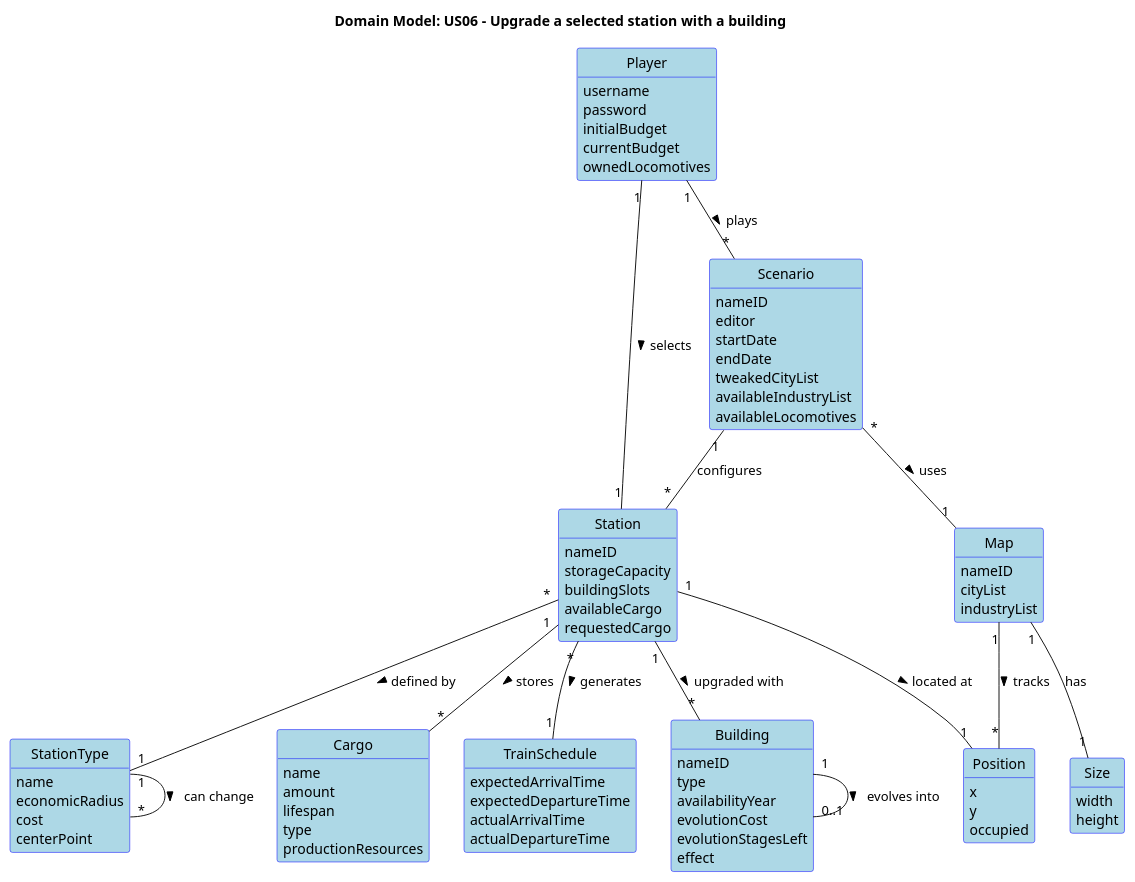
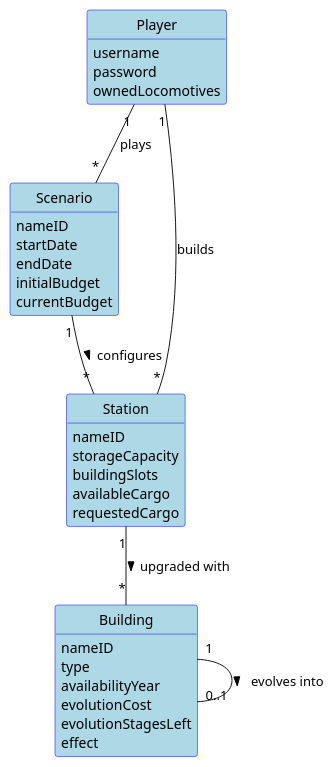
One commit to HenriqueSilva18/Railway-Network-Simulator changed the diagram in docs/system-documentation/Sprint 3/US06/02.analysis/puml/US006-DM.puml. Above: the diagram before and after it, drawn with PlantUML. The commit also changed 37 other files, not shown here.

```diff
--- a/docs/system-documentation/Sprint 3/US06/02.analysis/puml/US006-DM.puml
+++ b/docs/system-documentation/Sprint 3/US06/02.analysis/puml/US006-DM.puml
@@ -1,107 +1,49 @@
 @startuml
-skinparam packageStyle rectangle
 skinparam shadowing false
 skinparam classAttributeIconSize 0
 skinparam class {
   BackgroundColor LightBlue
   BorderColor Blue
 }
-
-skinparam classAttributeIconSize 0
-
 hide circle
 hide methods
 
-title Domain Model: US06 - Upgrade a selected station with a building
-
+' --------- Classes e atributos necessários ---------
 class Player {
   username
   password
-  initialBudget
-  currentBudget
   ownedLocomotives
 }
 
-class Map {
+class Scenario {
   nameID
-  cityList
-  industryList
-}
-
-class Size {
-  width
-  height
+  startDate
+  endDate
+  initialBudget
+  currentBudget
 }
 
 class Station {
   nameID
   storageCapacity
   buildingSlots
   availableCargo
   requestedCargo
 }
 
-class StationType {
-  name
-  economicRadius
-  cost
-  centerPoint
-}
-
-class Cargo {
-   name
-   amount
-   lifespan
-   type
-   productionResources
-  }
-
-  class TrainSchedule {
-    expectedArrivalTime
-    expectedDepartureTime
-    actualArrivalTime
-    actualDepartureTime
-  }
-
 class Building {
   nameID
   type
   availabilityYear
   evolutionCost
   evolutionStagesLeft
   effect
 }
 
-class Scenario {
-  nameID
-  editor
-  startDate
-  endDate
-  tweakedCityList
-  availableIndustryList
-  availableLocomotives
-}
-
-class Position {
-  x
-  y
-  occupied
-}
-
-
-Player "1" -- "1" Station : selects >
-Station "1" -- "*" Cargo : stores >
-Station "1" -- "*" Building : upgraded with >
-Building "1" -- "0..1" Building : evolves into >
-Station "*" -- "1" TrainSchedule: generates >
-Station "*" -- "1" StationType : defined by >
-StationType "1" -- "*" StationType : can change >
-Map "1" -- "1" Size: has
-Map "1" -- "*" Position : tracks >
-Scenario "*" -- "1" Map : uses >
-Player "1" -- "*" Scenario : plays >
-Scenario "1" -- "*" Station : configures
-Station "1" -- "1" Position : located at >
-
-
+' --------- Relações usadas na US06 ---------
+Player  "1" -- "*" Scenario : plays
+Player   "1" -- "*" Station   : builds
+Scenario  "1" -- "*" Station  : configures >
+Station   "1" -- "*" Building : upgraded with >
+Building  "1" -- "0..1" Building : evolves into >
 @enduml
```
